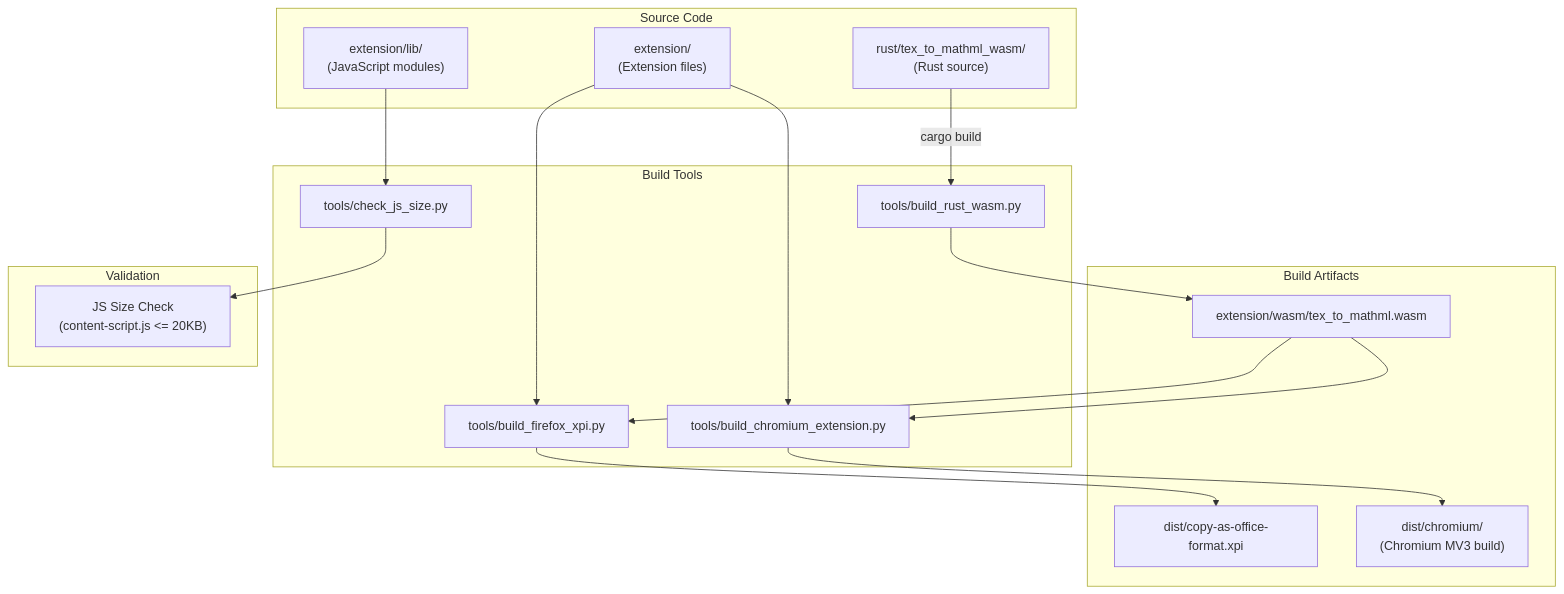
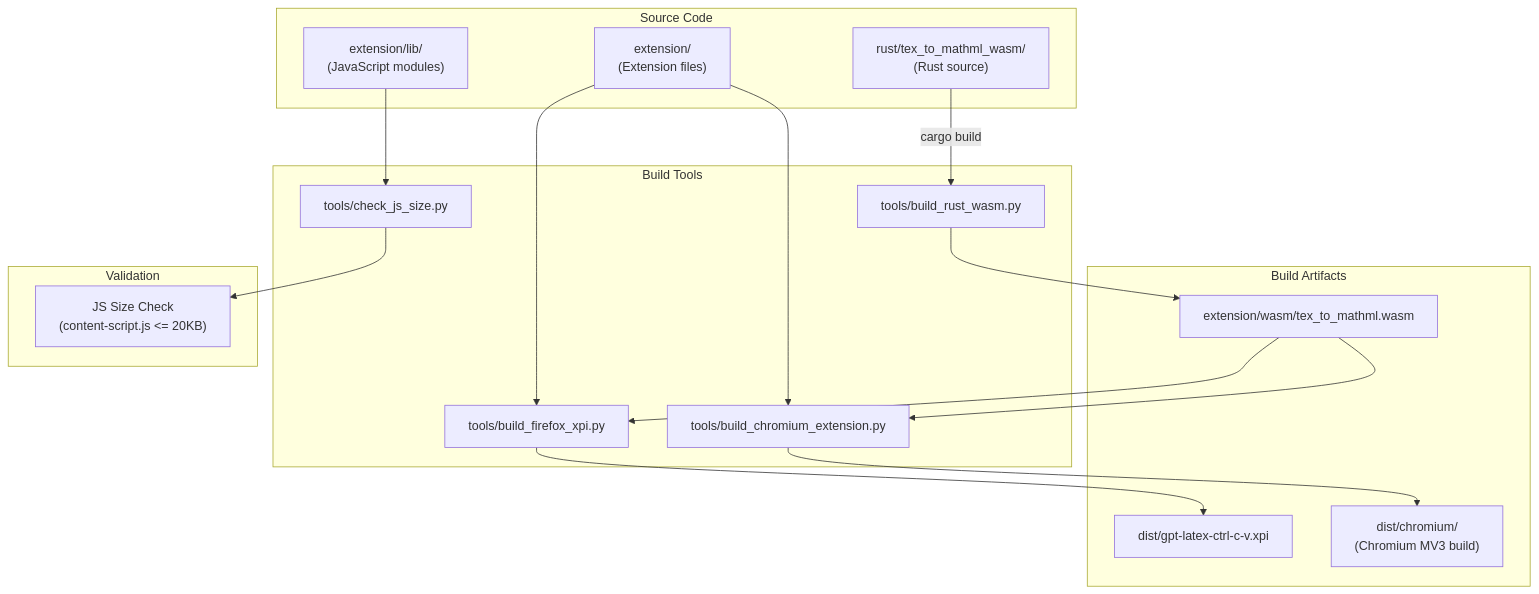
Before and after one commit to AlHeloween/gpt-latex-ctrl-c-v: the fourth of 7 diagrams in diagram.md, drawn with Mermaid. The commit also changed other lines of this file and 14 other files, not shown here.

````diff
--- a/diagram.md
+++ b/diagram.md
@@ -102,36 +102,36 @@
 ```mermaid
 flowchart TB
   subgraph Source["Source Code"]
     RS["rust/tex_to_mathml_wasm/\n(Rust source)"]
     JS["extension/lib/\n(JavaScript modules)"]
     EXT["extension/\n(Extension files)"]
   end
 
   subgraph Build["Build Tools"]
     BRW["tools/build_rust_wasm.py"]
     BFX["tools/build_firefox_xpi.py"]
     BCH["tools/build_chromium_extension.py"]
     CJS["tools/check_js_size.py"]
   end
 
   subgraph Artifacts["Build Artifacts"]
     WASM["extension/wasm/tex_to_mathml.wasm"]
-    XPI["dist/copy-as-office-format.xpi"]
+    XPI["dist/gpt-latex-ctrl-c-v.xpi"]
     CHR["dist/chromium/\n(Chromium MV3 build)"]
   end
 
   subgraph Validation["Validation"]
     SIZE["JS Size Check\n(content-script.js <= 20KB)"]
   end
 
   RS -->|"cargo build"| BRW
   BRW --> WASM
   EXT --> BFX
   WASM --> BFX
   BFX --> XPI
   EXT --> BCH
   WASM --> BCH
   BCH --> CHR
   JS --> CJS
   CJS --> SIZE
 ```
````
